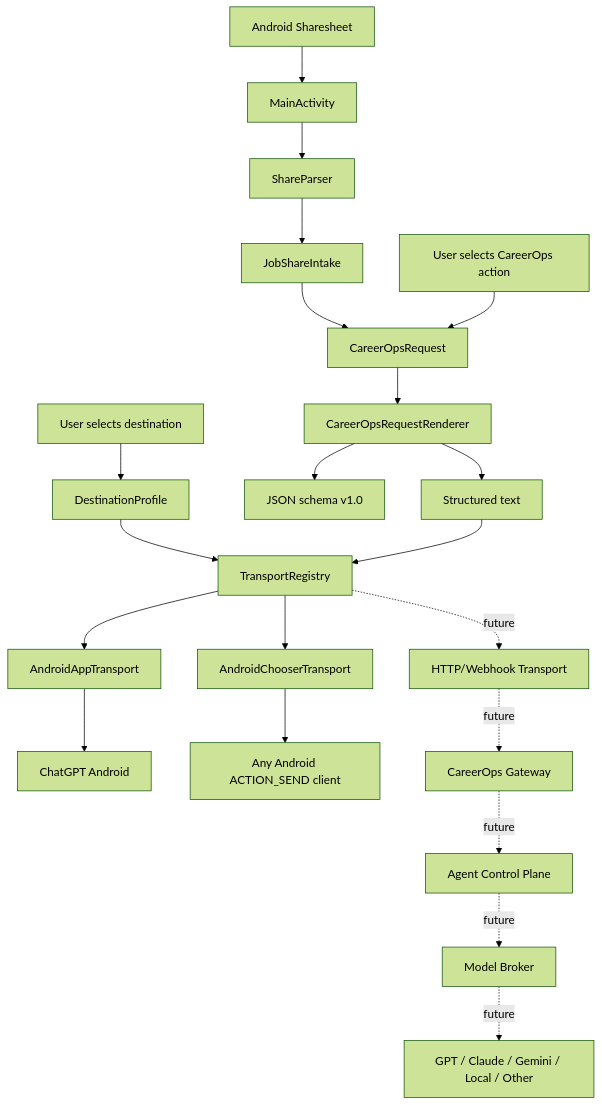
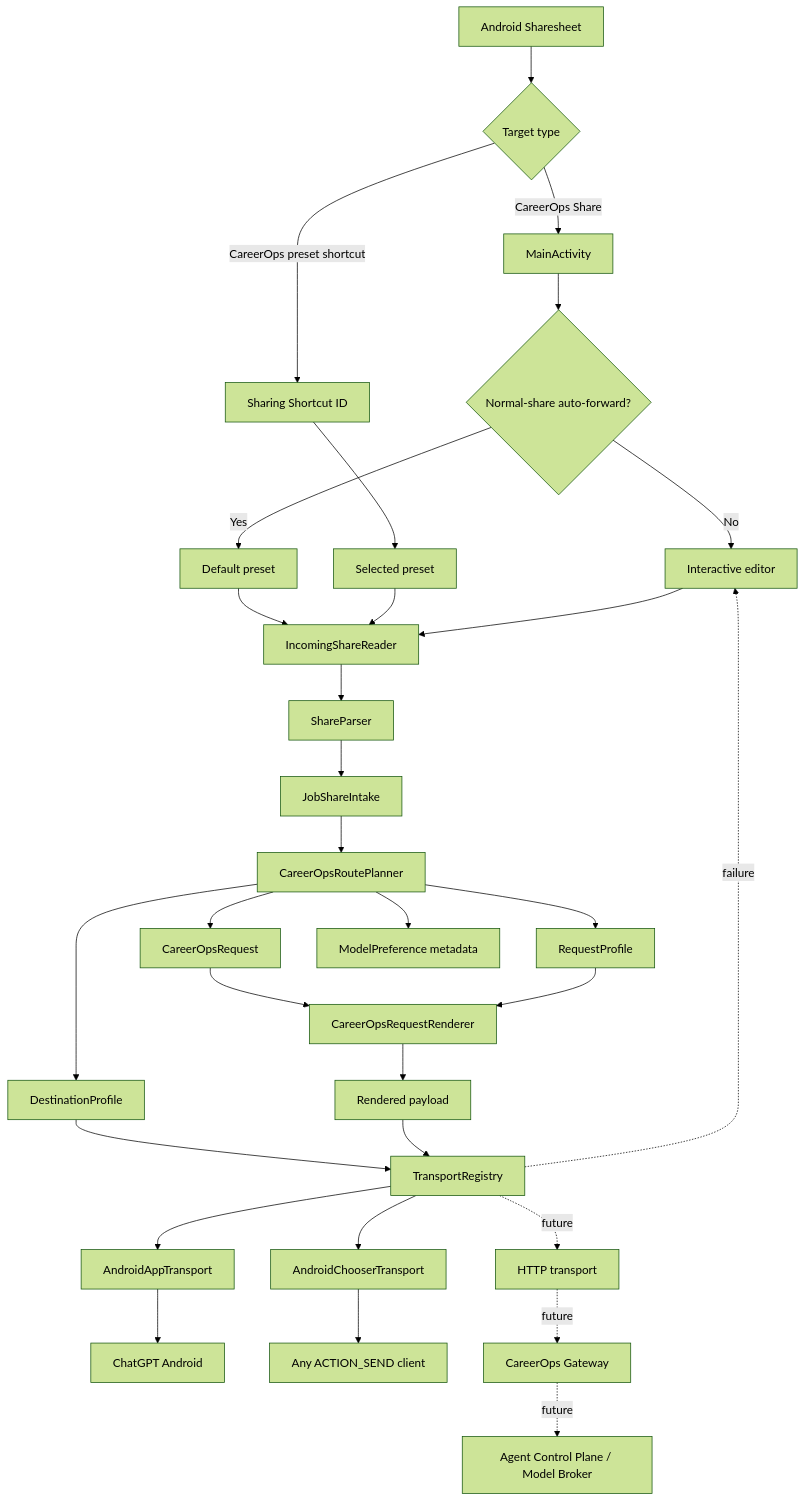
One commit to DantyDCook/CareerOpsShare-Android changed the first of 2 diagrams in docs/DESIGN.md. Above: the diagram before and after it, drawn with Mermaid (forest theme). The commit also changed other lines of this file and 2 other files, not shown here.

Commit message:
Document v0.3.0 direct share architecture

````diff
--- a/docs/DESIGN.md
+++ b/docs/DESIGN.md
@@ -19,27 +21,42 @@
 ```mermaid
 flowchart TD
-    A[Android Sharesheet] --> B[MainActivity]
-    B --> C[ShareParser]
-    C --> D[JobShareIntake]
-    D --> E[CareerOpsRequest]
-    U[User selects CareerOps action] --> E
+    A[Android Sharesheet] --> B{Target type}
 
-    E --> F[CareerOpsRequestRenderer]
-    F --> G[Structured text]
-    F --> H[JSON schema v1.0]
+    B -->|CareerOps Share| C[MainActivity]
+    B -->|CareerOps preset shortcut| D[Sharing Shortcut ID]
 
-    V[User selects destination] --> I[DestinationProfile]
-    I --> J[TransportRegistry]
+    C --> E{Normal-share auto-forward?}
+    E -->|No| F[Interactive editor]
+    E -->|Yes| G[Default preset]
+    D --> H[Selected preset]
 
-    G --> J
-    J --> K[AndroidAppTransport]
-    J --> L[AndroidChooserTransport]
-    J -. future .-> M[HTTP/Webhook Transport]
+    G --> I[IncomingShareReader]
+    H --> I
+    F --> I
 
-    K --> N[ChatGPT Android]
-    L --> O[Any Android ACTION_SEND client]
-    M -. future .-> P[CareerOps Gateway]
-    P -. future .-> Q[Agent Control Plane]
-    Q -. future .-> R[Model Broker]
-    R -. future .-> S[GPT / Claude / Gemini / Local / Other]
+    I --> J[ShareParser]
+    J --> K[JobShareIntake]
+    K --> L[CareerOpsRoutePlanner]
+
+    L --> M[CareerOpsRequest]
+    L --> N[DestinationProfile]
+    L --> O[RequestProfile]
+    L --> P[ModelPreference metadata]
+
+    M --> Q[CareerOpsRequestRenderer]
+    O --> Q
+    Q --> R[Rendered payload]
+
+    N --> S[TransportRegistry]
+    R --> S
+    S --> T[AndroidAppTransport]
+    S --> U[AndroidChooserTransport]
+    S -. future .-> V[HTTP transport]
+
+    T --> W[ChatGPT Android]
+    U --> X[Any ACTION_SEND client]
+    V -. future .-> Y[CareerOps Gateway]
+    Y -. future .-> Z[Agent Control Plane / Model Broker]
+
+    S -. failure .-> F
 ```
````
